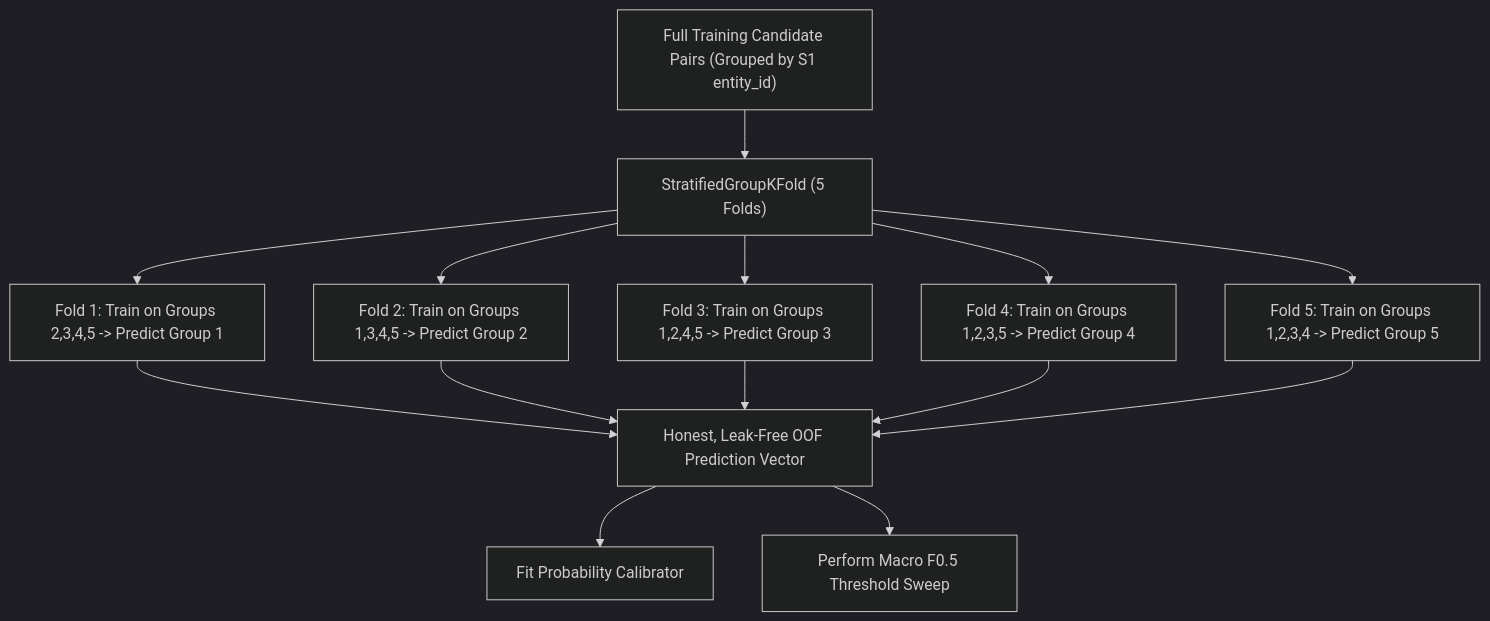
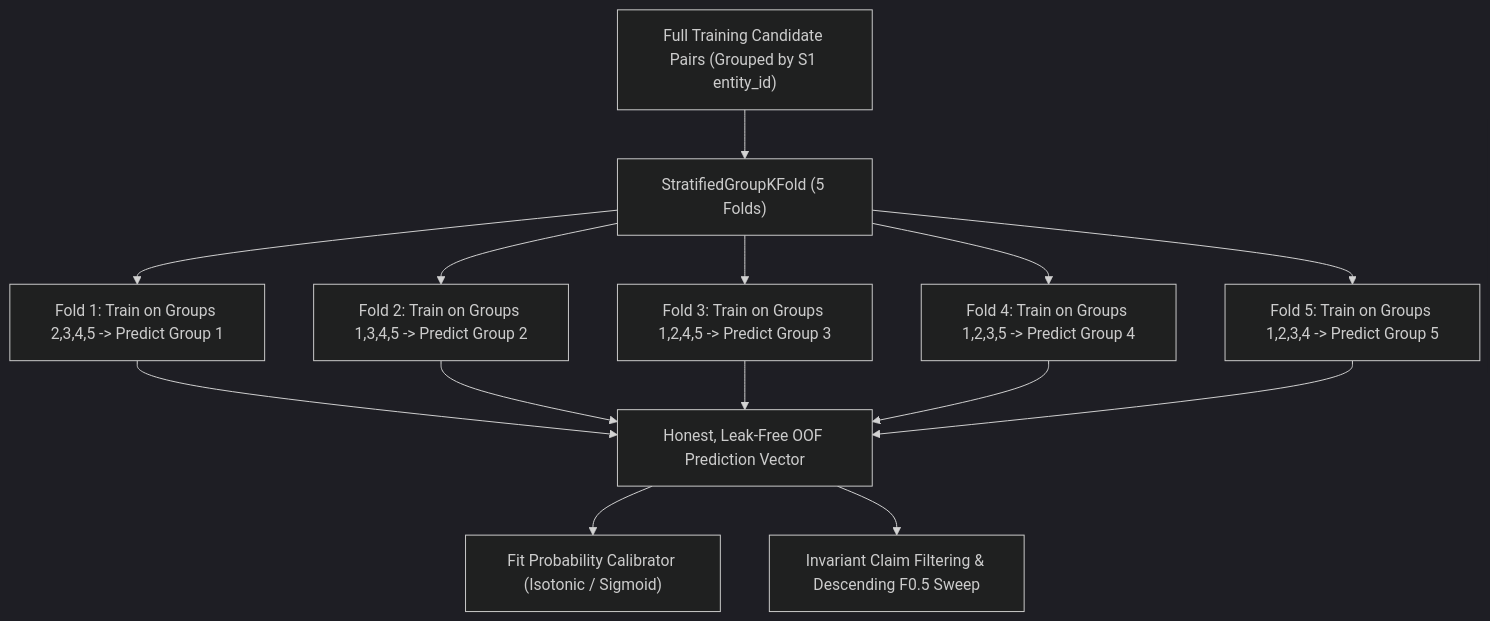
One commit to priyanshu-ogdev/AmazonMLChallenge2026 changed the diagram in docs/08_stage3_scoring_and_calibration.md. Above: the diagram before and after it, drawn with Mermaid (dark theme). The commit also changed other lines of this file and 10 other files, not shown here.

Commit message:
docs: sync architecture, invariants, and memory optimizations

````diff
--- a/docs/08_stage3_scoring_and_calibration.md
+++ b/docs/08_stage3_scoring_and_calibration.md
@@ -80,12 +70,12 @@
 ```mermaid
 flowchart TD
     ALL["Full Training Candidate Pairs (Grouped by S1 entity_id)"] --> GCV["StratifiedGroupKFold (5 Folds)"]
     GCV --> F1["Fold 1: Train on Groups 2,3,4,5 -> Predict Group 1"]
     GCV --> F2["Fold 2: Train on Groups 1,3,4,5 -> Predict Group 2"]
     GCV --> F3["Fold 3: Train on Groups 1,2,4,5 -> Predict Group 3"]
     GCV --> F4["Fold 4: Train on Groups 1,2,3,5 -> Predict Group 4"]
     GCV --> F5["Fold 5: Train on Groups 1,2,3,4 -> Predict Group 5"]
     F1 & F2 & F3 & F4 & F5 --> OOF["Honest, Leak-Free OOF Prediction Vector"]
-    OOF --> CAL["Fit Probability Calibrator"]
-    OOF --> THRESH["Perform Macro F0.5 Threshold Sweep"]
+    OOF --> CAL["Fit Probability Calibrator (Isotonic / Sigmoid)"]
+    OOF --> ICT["Invariant Claim Filtering & Descending F0.5 Sweep"]
 ```
````
